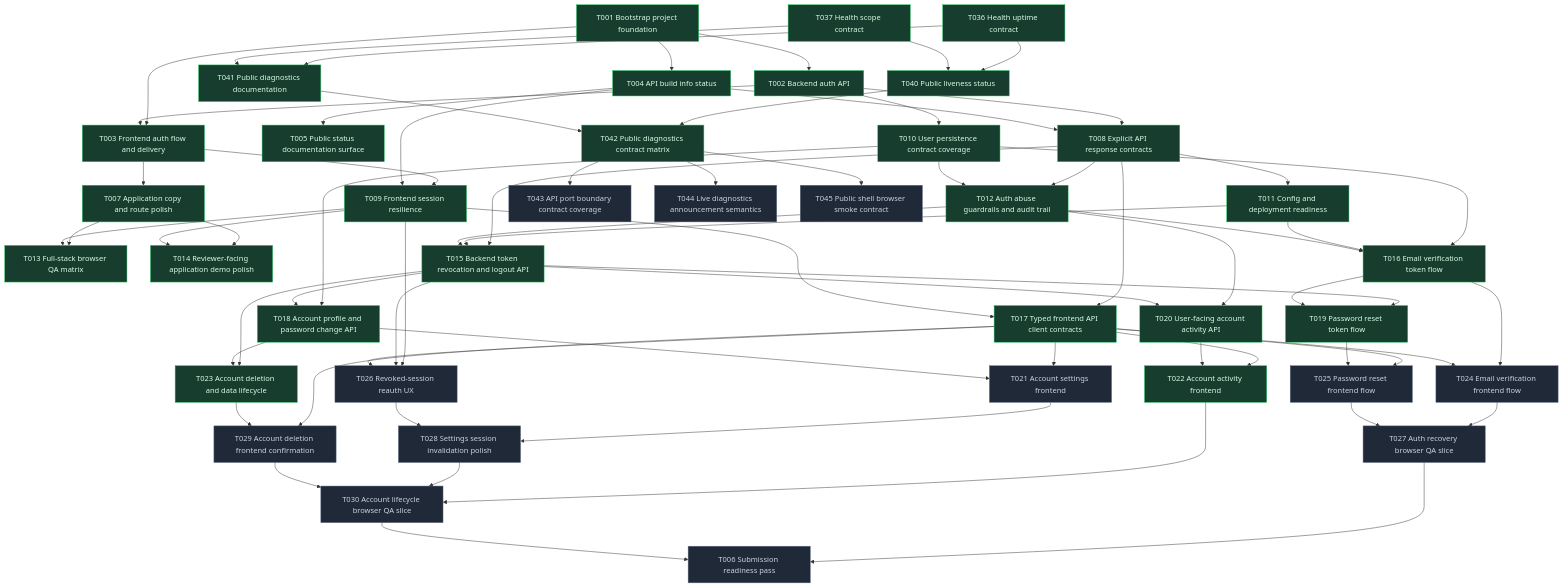
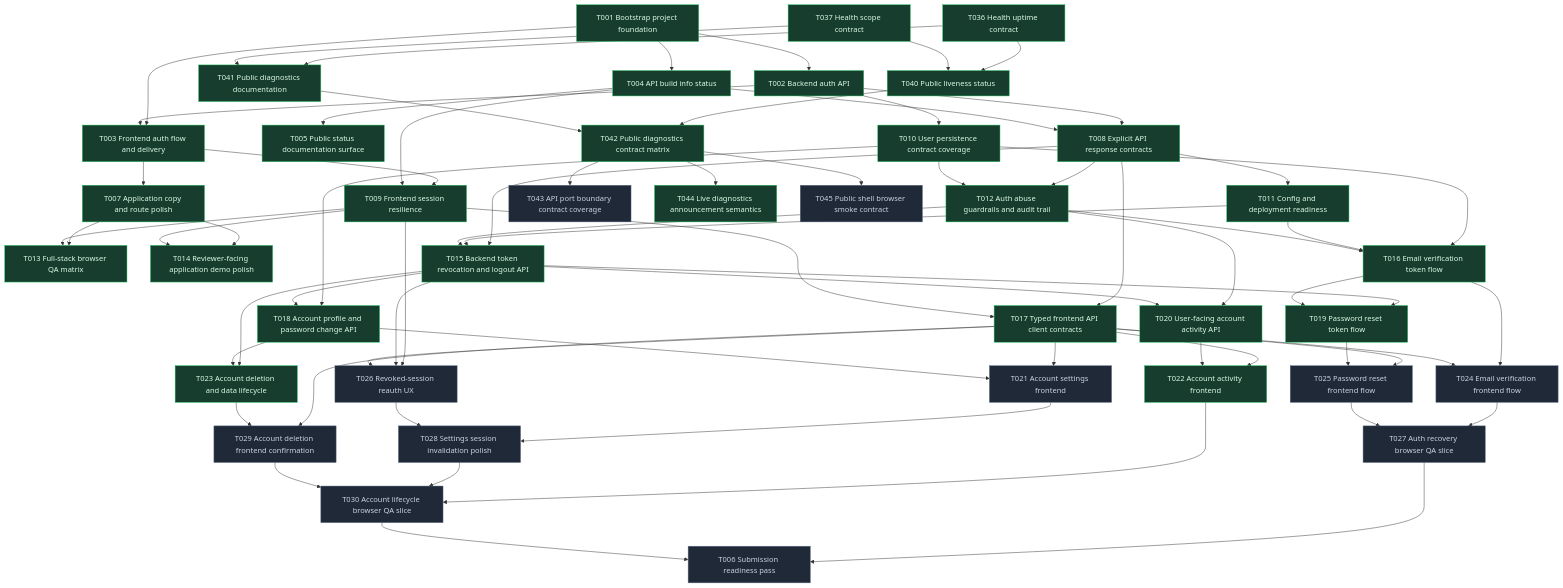
The diagram in planning/roadmap/dependencies.mmd (0-sayed/easyGen), drawn with Mermaid before and after one commit. The commit also changed 5 other files, not shown here.

```diff
--- a/planning/roadmap/dependencies.mmd
+++ b/planning/roadmap/dependencies.mmd
@@ -1,118 +1,118 @@
 flowchart TD
   T001["T001 Bootstrap project foundation"]
   T002["T002 Backend auth API"]
   T003["T003 Frontend auth flow and delivery"]
   T004["T004 API build info status"]
   T005["T005 Public status documentation surface"]
   T006["T006 Submission readiness pass"]
   T007["T007 Application copy and route polish"]
   T008["T008 Explicit API response contracts"]
   T009["T009 Frontend session resilience"]
   T010["T010 User persistence contract coverage"]
   T011["T011 Config and deployment readiness"]
   T012["T012 Auth abuse guardrails and audit trail"]
   T013["T013 Full-stack browser QA matrix"]
   T014["T014 Reviewer-facing application demo polish"]
   T015["T015 Backend token revocation and logout API"]
   T016["T016 Email verification token flow"]
   T017["T017 Typed frontend API client contracts"]
   T018["T018 Account profile and password change API"]
   T019["T019 Password reset token flow"]
   T020["T020 User-facing account activity API"]
   T021["T021 Account settings frontend"]
   T022["T022 Account activity frontend"]
   T023["T023 Account deletion and data lifecycle"]
   T024["T024 Email verification frontend flow"]
   T025["T025 Password reset frontend flow"]
   T026["T026 Revoked-session reauth UX"]
   T027["T027 Auth recovery browser QA slice"]
   T028["T028 Settings session invalidation polish"]
   T029["T029 Account deletion frontend confirmation"]
   T030["T030 Account lifecycle browser QA slice"]
   T036["T036 Health uptime contract"]
   T037["T037 Health scope contract"]
   T040["T040 Public liveness status"]
   T041["T041 Public diagnostics documentation"]
   T042["T042 Public diagnostics contract matrix"]
   T043["T043 API port boundary contract coverage"]
   T044["T044 Live diagnostics announcement semantics"]
   T045["T045 Public shell browser smoke contract"]
 
   T001 --> T002
   T001 --> T003
   T002 --> T003
   T001 --> T004
   T004 --> T005
   T003 --> T007
   T002 --> T008
   T004 --> T008
   T003 --> T009
   T004 --> T009
   T002 --> T010
   T008 --> T011
   T008 --> T012
   T010 --> T012
   T007 --> T013
   T009 --> T013
   T007 --> T014
   T009 --> T014
   T008 --> T015
   T011 --> T015
   T012 --> T015
   T010 --> T016
   T011 --> T016
   T012 --> T016
   T008 --> T017
   T009 --> T017
   T010 --> T018
   T015 --> T018
   T015 --> T019
   T016 --> T019
   T012 --> T020
   T015 --> T020
   T017 --> T021
   T018 --> T021
   T017 --> T022
   T020 --> T022
   T015 --> T023
   T018 --> T023
   T016 --> T024
   T017 --> T024
   T017 --> T025
   T019 --> T025
   T009 --> T026
   T015 --> T026
   T017 --> T026
   T024 --> T027
   T025 --> T027
   T021 --> T028
   T026 --> T028
   T017 --> T029
   T023 --> T029
   T022 --> T030
   T028 --> T030
   T029 --> T030
   T027 --> T006
   T030 --> T006
   T036 --> T040
   T037 --> T040
   T036 --> T041
   T037 --> T041
   T040 --> T042
   T041 --> T042
   T042 --> T043
   T042 --> T044
   T042 --> T045
 
   classDef done fill:#163d2e,stroke:#22c55e,color:#dcfce7;
   classDef pending fill:#1f2937,stroke:#64748b,color:#cbd5e1;
 
   class T001,T002,T003,T004,T005,T007,T008,T009,T010,T011,T012,T013,T014,T015,T016,T017,T018,T019,T020,T022,T023 done;
   class T006,T021,T024,T025,T026,T027,T028,T029,T030 pending;
   class T036,T037,T040,T041,T042 done;
 
   class T043 pending;
 
-  class T044 pending;
+  class T044 done;
 
   class T045 pending;
```
